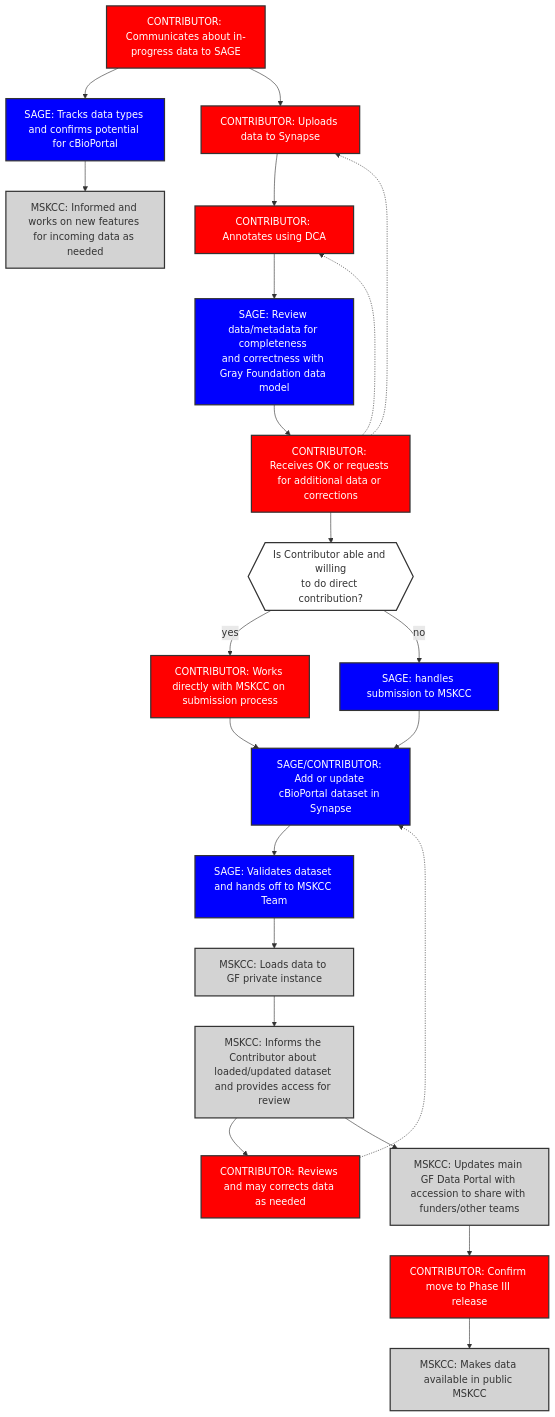
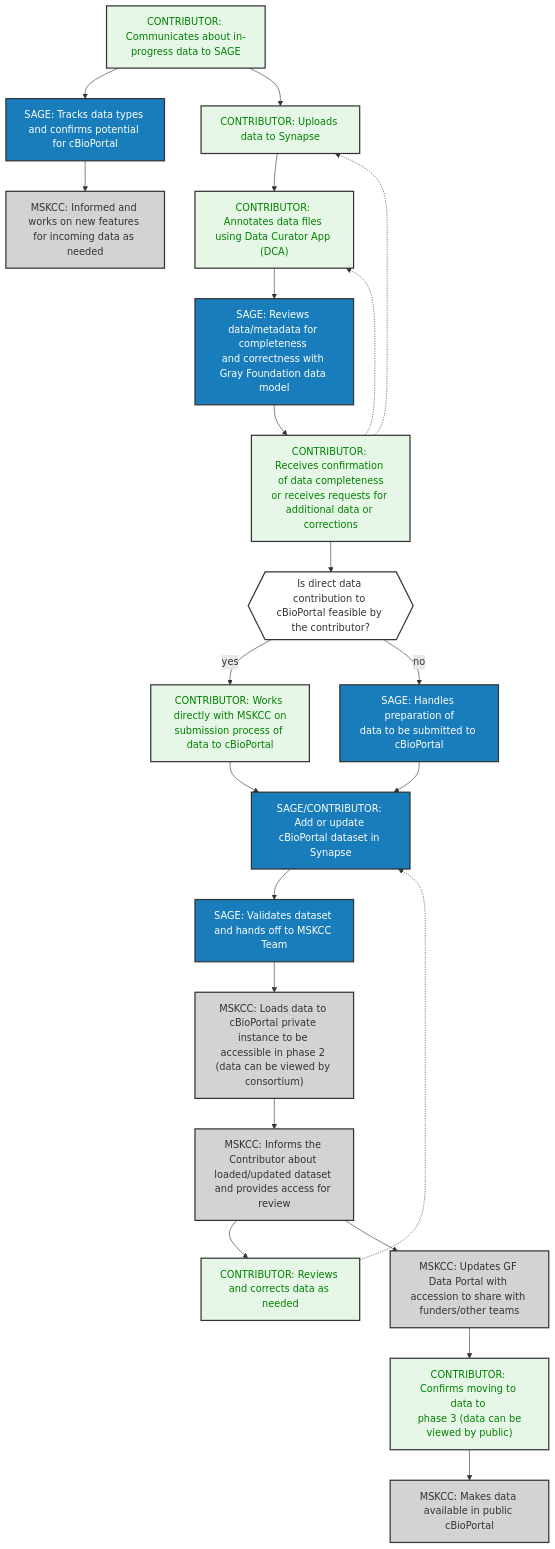
One commit to gf-dcc/docs changed the diagram in docs/workflows/cBioPortal.md. Above: the diagram before and after it, drawn with Mermaid.

Commit message:
change color and small text edits

````diff
--- a/docs/workflows/cBioPortal.md
+++ b/docs/workflows/cBioPortal.md
@@ -10,32 +10,32 @@
 ```mermaid
 
 flowchart TB
 
-    classDef Sage fill:blue,color:white,stroke:#333,stroke-width:2px;
+    classDef Sage fill:#1A7DBB,color:white,stroke:#333,stroke-width:2px;
     classDef MSKCC fill:lightgray,stroke:#333,stroke-width:2px;
-    classDef Contributor fill:red,color:white,stroke:#333,stroke-width:2px;
+    classDef Contributor fill:#E6F7E7,color:green,stroke:#333,stroke-width:2px;
     classDef Decision fill:white,stroke:#333,stroke-width:2px;
 
     communicate["CONTRIBUTOR: Communicates about in-progress data to SAGE"]:::Contributor --> checkDataType["SAGE: Tracks data types and confirms potential for cBioPortal"]:::Sage
     checkDataType --> potentialDev["MSKCC: Informed and works on new features for incoming data as needed"]:::MSKCC
     communicate --> uploadsData:::Contributor
-    uploadsData["CONTRIBUTOR: Uploads data to Synapse"] --> annotatesDCA["CONTRIBUTOR: Annotates using DCA"]:::Contributor
-    annotatesDCA --> reviewData["SAGE: Review data/metadata for completeness <br>and correctness with Gray Foundation data model"]:::Sage
-    reviewData --> reviewResult["CONTRIBUTOR: Receives OK or requests for additional data or corrections"]:::Contributor
+    uploadsData["CONTRIBUTOR: Uploads data to Synapse"] --> annotatesDCA["CONTRIBUTOR: Annotates data files using Data Curator App (DCA)"]:::Contributor
+    annotatesDCA --> reviewData["SAGE: Reviews data/metadata for completeness <br>and correctness with Gray Foundation data model"]:::Sage
+    reviewData --> reviewResult["CONTRIBUTOR: Receives confirmation of data completeness<br>or receives requests for additional data or corrections"]:::Contributor
     reviewResult --> decidePrep1
-    decidePrep1{{"Is Contributor able and willing<br>to do direct contribution?"}}:::Decision
+    decidePrep1{{"Is direct data contribution to cBioPortal feasible by the contributor?"}}:::Decision
     reviewResult -.-> uploadsData
     reviewResult -.-> annotatesDCA
-    decidePrep1 -->|yes| directSubmissionProcess["CONTRIBUTOR: Works directly with MSKCC on submission process"]:::Contributor
-    decidePrep1 -->|no| fallbackToSage["SAGE: handles submission to MSKCC"]:::Sage
+    decidePrep1 -->|yes| directSubmissionProcess["CONTRIBUTOR: Works directly with MSKCC on<br>submission process of data to cBioPortal"]:::Contributor
+    decidePrep1 -->|no| fallbackToSage["SAGE: Handles preparation of<br>data to be submitted to cBioPortal"]:::Sage
     directSubmissionProcess --> uploadscBioData["SAGE/CONTRIBUTOR: Add or update cBioPortal dataset in Synapse"]
     fallbackToSage --> uploadscBioData:::Sage
     uploadscBioData --> validated["SAGE: Validates dataset and hands off to MSKCC Team"]:::Sage
-    validated --> loadData["MSKCC: Loads data to GF private instance"]:::MSKCC
+    validated --> loadData["MSKCC: Loads data to cBioPortal private instance to be accessible in phase 2 (data can be viewed by consortium)"]:::MSKCC
     loadData --> informContributor["MSKCC: Informs the Contributor about loaded/updated dataset and provides access for review"]:::MSKCC
-    informContributor --> contributorReviews["CONTRIBUTOR: Reviews and may corrects data as needed"]:::Contributor -.-> uploadscBioData
-    informContributor --> updateGFPortal["MSKCC: Updates main GF Data Portal with accession to share with funders/other teams"]:::MSKCC
-    updateGFPortal --> moveToPhaseIII["CONTRIBUTOR: Confirm move to Phase III release"]:::Contributor
-    moveToPhaseIII --> copiesDataPublic["MSKCC: Makes data available in public MSKCC"]:::MSKCC
+    informContributor --> contributorReviews["CONTRIBUTOR: Reviews and corrects data as needed"]:::Contributor -.-> uploadscBioData
+    informContributor --> updateGFPortal["MSKCC: Updates GF Data Portal with accession to share with funders/other teams"]:::MSKCC
+    updateGFPortal --> moveToPhaseIII["CONTRIBUTOR: Confirms moving to data to <br> phase 3 (data can be viewed by public)"]:::Contributor
+    moveToPhaseIII --> copiesDataPublic["MSKCC: Makes data available in public cBioPortal"]:::MSKCC
 
 ```
````
